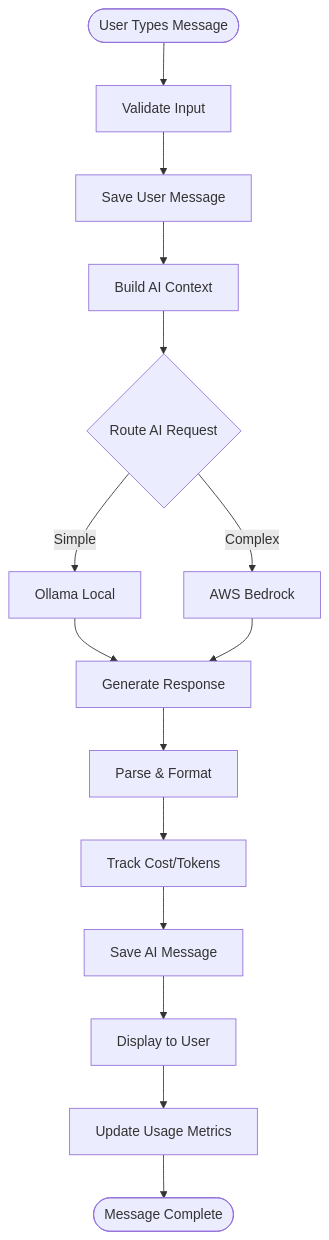
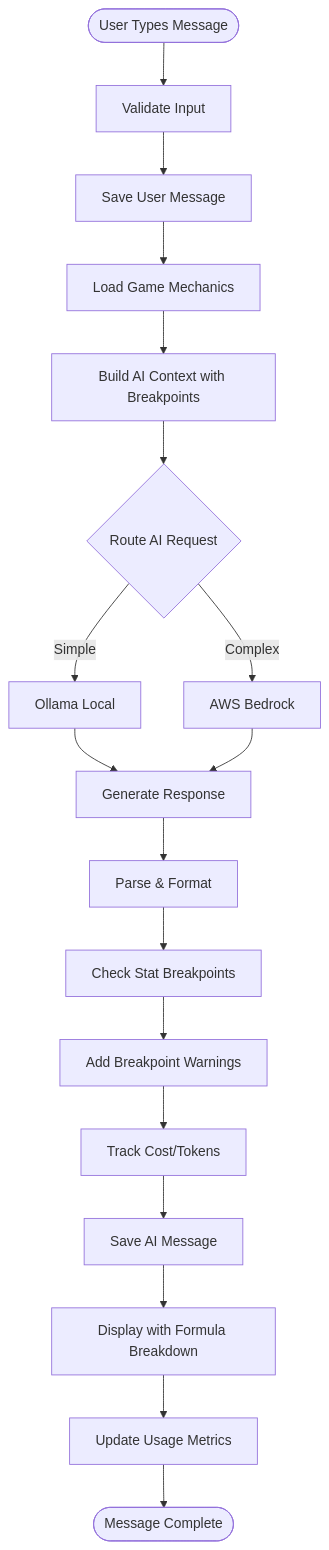
Before and after one commit to exatfrds67/umamusume-career-planner: the second of 4 diagrams in docs/01-wireframes/WF-012_AI_Advisor_Interface.md, drawn with Mermaid. The commit also changed other lines of this file and 313 other files, not shown here.

````diff
--- a/docs/01-wireframes/WF-012_AI_Advisor_Interface.md
+++ b/docs/01-wireframes/WF-012_AI_Advisor_Interface.md
@@ -800,17 +1181,20 @@
 ```mermaid
 flowchart TD
     Start([User Types Message]) --> Validate[Validate Input]
     Validate --> Save[Save User Message]
-    Save --> BuildContext[Build AI Context]
+    Save --> LoadMechanics[Load Game Mechanics]
+    LoadMechanics --> BuildContext[Build AI Context with Breakpoints]
     BuildContext --> RouteAI{Route AI Request}
     RouteAI -->|Simple| Ollama[Ollama Local]
     RouteAI -->|Complex| Bedrock[AWS Bedrock]
     Ollama --> GenerateResponse[Generate Response]
     Bedrock --> GenerateResponse
     GenerateResponse --> ParseResponse[Parse & Format]
-    ParseResponse --> TrackCost[Track Cost/Tokens]
+    ParseResponse --> CheckBreakpoints[Check Stat Breakpoints]
+    CheckBreakpoints --> AddWarnings[Add Breakpoint Warnings]
+    AddWarnings --> TrackCost[Track Cost/Tokens]
     TrackCost --> SaveAI[Save AI Message]
-    SaveAI --> Display[Display to User]
+    SaveAI --> Display[Display with Formula Breakdown]
     Display --> UpdateMetrics[Update Usage Metrics]
     UpdateMetrics --> End([Message Complete])
 ```
````
